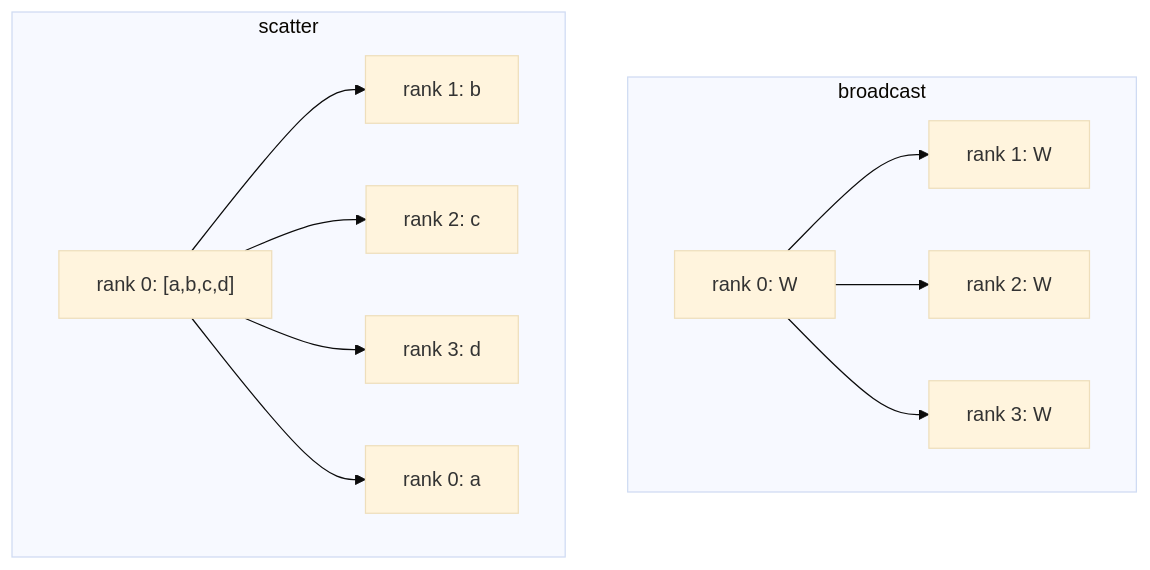
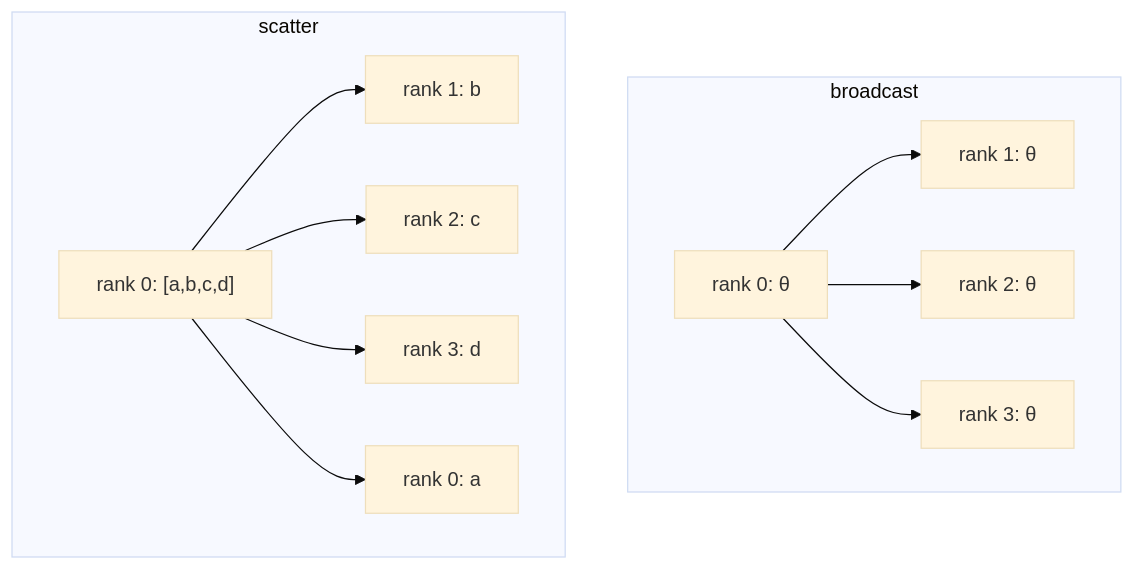
The second of 11 diagrams in docs/introduction.md (rahuldave/distrainer), drawn with Mermaid (base theme) before and after one commit. The commit also changed other lines of this file and 2 other files, not shown here.

````diff
--- a/docs/introduction.md
+++ b/docs/introduction.md
@@ -55,14 +55,14 @@
 ```mermaid
 flowchart TB
   subgraph broadcast["broadcast"]
-    b0["rank 0: W"] --> b1["rank 1: W"]
-    b0 --> b2["rank 2: W"]
-    b0 --> b3["rank 3: W"]
+    b0["rank 0: θ"] --> b1["rank 1: θ"]
+    b0 --> b2["rank 2: θ"]
+    b0 --> b3["rank 3: θ"]
   end
   subgraph scatter["scatter"]
     s0["rank 0: [a,b,c,d]"] --> s1["rank 1: b"]
     s0 --> s2["rank 2: c"]
     s0 --> s3["rank 3: d"]
     s0 --> s00["rank 0: a"]
   end
 ```
````
